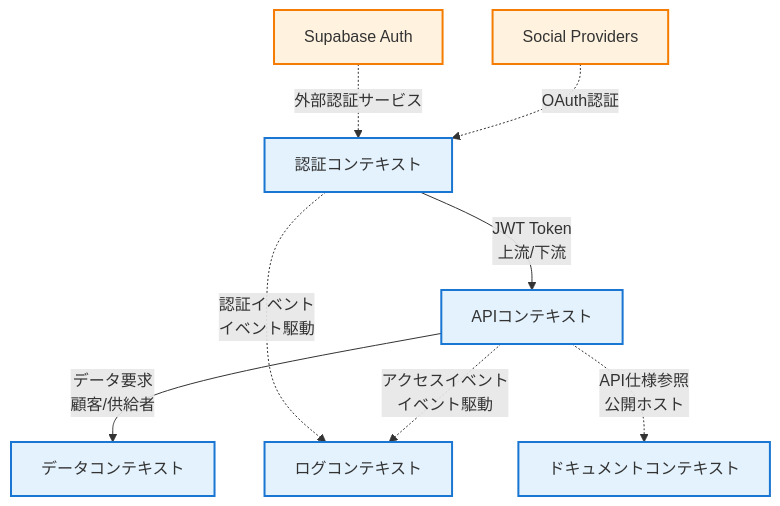
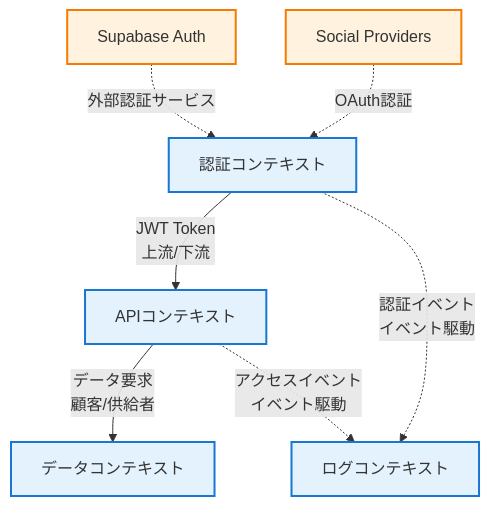
Before and after one commit to hydrangeas/redis-test: the third of 3 diagrams in docs/specs/step4.md, drawn with Mermaid. The commit also changed other lines of this file and 5 other files, not shown here.

````diff
--- a/docs/specs/step4.md
+++ b/docs/specs/step4.md
@@ -426,32 +392,30 @@
 ```mermaid
 graph TB
     %% コンテキスト定義
     AuthCtx[認証コンテキスト]
     APICtx[APIコンテキスト]
     DataCtx[データコンテキスト]
     LogCtx[ログコンテキスト]
-    DocCtx[ドキュメントコンテキスト]
     
     %% 外部システム
     SupaAuth[Supabase Auth]
     SocialAuth[Social Providers]
     
     %% 関係性
     SupaAuth -.->|外部認証サービス| AuthCtx
     SocialAuth -.->|OAuth認証| AuthCtx
     
     AuthCtx -->|JWT Token<br/>上流/下流| APICtx
     APICtx -->|データ要求<br/>顧客/供給者| DataCtx
     
     AuthCtx -.->|認証イベント<br/>イベント駆動| LogCtx
     APICtx -.->|アクセスイベント<br/>イベント駆動| LogCtx
     
-    APICtx -.->|API仕様参照<br/>公開ホスト| DocCtx
     
     %% スタイル定義
     classDef context fill:#e3f2fd,stroke:#1976d2,stroke-width:2px;
     classDef external fill:#fff3e0,stroke:#f57c00,stroke-width:2px;
     
-    class AuthCtx,APICtx,DataCtx,LogCtx,DocCtx context;
+    class AuthCtx,APICtx,DataCtx,LogCtx context;
     class SupaAuth,SocialAuth external;
 ```
````
